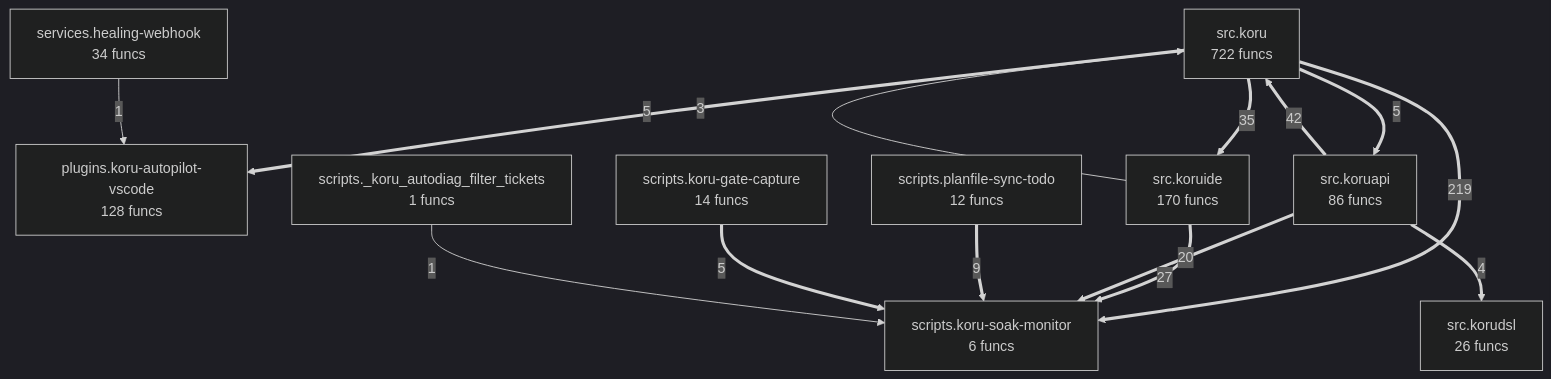
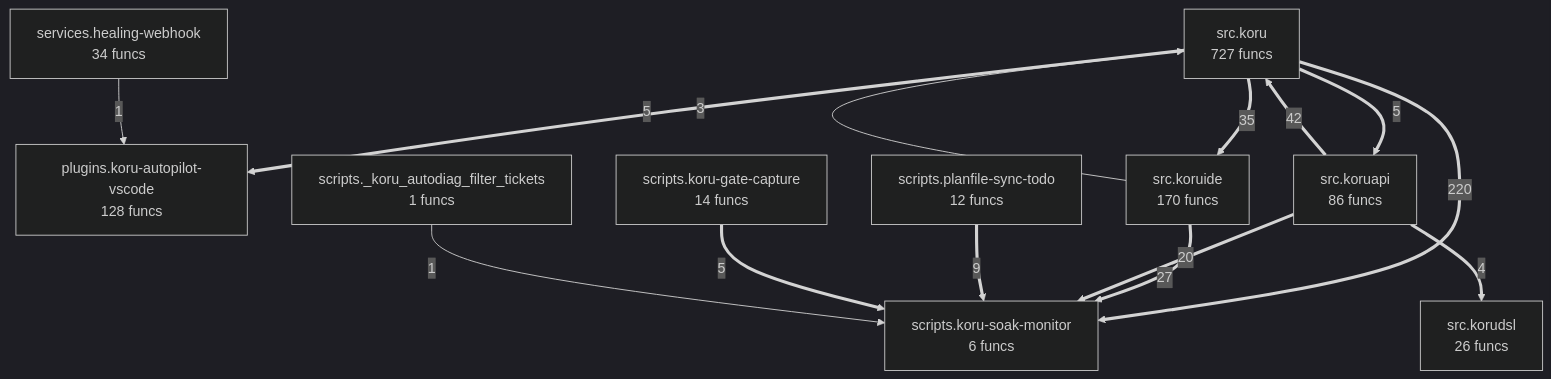
Before and after one commit to semcod/koru: the diagram in project/compact_flow.mmd, drawn with Mermaid (dark theme). The commit also changed 28 other files, not shown here.

```diff
--- a/project/compact_flow.mmd
+++ b/project/compact_flow.mmd
@@ -1,25 +1,25 @@
 flowchart TD
-%% generated in 0.06s
+%% generated in 0.04s
     plugins__koru_autopilot_vscode["plugins.koru-autopilot-vscode<br/>128 funcs"]
     scripts___koru_autodiag_filter_tickets["scripts._koru_autodiag_filter_tickets<br/>1 funcs"]
     scripts__koru_gate_capture["scripts.koru-gate-capture<br/>14 funcs"]
     scripts__koru_soak_monitor["scripts.koru-soak-monitor<br/>6 funcs"]
     scripts__planfile_sync_todo["scripts.planfile-sync-todo<br/>12 funcs"]
     services__healing_webhook["services.healing-webhook<br/>34 funcs"]
-    src__koru["src.koru<br/>722 funcs"]
+    src__koru["src.koru<br/>727 funcs"]
     src__koruapi["src.koruapi<br/>86 funcs"]
     src__korudsl["src.korudsl<br/>26 funcs"]
     src__koruide["src.koruide<br/>170 funcs"]
-    src__koru ==>|219| scripts__koru_soak_monitor
+    src__koru ==>|220| scripts__koru_soak_monitor
     src__koruapi ==>|42| src__koru
     src__koru ==>|35| src__koruide
     src__koruide ==>|27| scripts__koru_soak_monitor
     src__koruapi ==>|20| scripts__koru_soak_monitor
     scripts__planfile_sync_todo ==>|9| scripts__koru_soak_monitor
     src__koru ==>|5| plugins__koru_autopilot_vscode
     src__koru ==>|5| src__koruapi
     scripts__koru_gate_capture ==>|5| scripts__koru_soak_monitor
     src__koruapi ==>|4| src__korudsl
     src__koruide -->|3| src__koru
     services__healing_webhook -->|1| plugins__koru_autopilot_vscode
     scripts___koru_autodiag_filter_tickets -->|1| scripts__koru_soak_monitor
```
